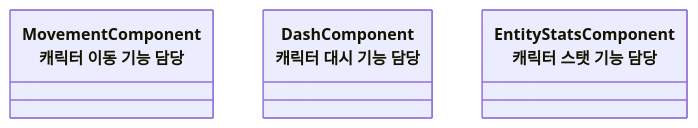
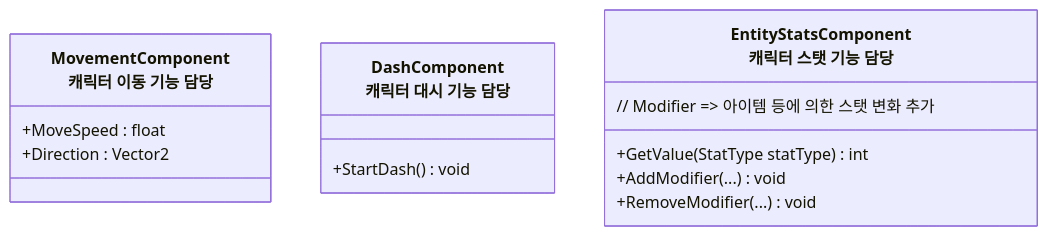
The second of 6 diagrams in README/Entity_설계.md (JIN5EOK/DungeonShooter), drawn with Mermaid before and after one commit. The commit also changed other lines of this file and 6 other files, not shown here.

````diff
--- a/README/Entity_설계.md
+++ b/README/Entity_설계.md
@@ -24,7 +24,17 @@
 ```mermaid
 classDiagram
-    class MovementComponent["MovementComponent<br>캐릭터 이동 기능 담당"]{ }
-    class DashComponent["DashComponent<br>캐릭터 대시 기능 담당"]{ }
+    class MovementComponent["MovementComponent<br>캐릭터 이동 기능 담당"]{
+        +MoveSpeed : float
+        +Direction : Vector2
+    }
+        
+    class DashComponent["DashComponent<br>캐릭터 대시 기능 담당"]{
+        +StartDash() void
+    }
     class EntityStatsComponent["EntityStatsComponent<br>캐릭터 스탯 기능 담당"]{
+        +GetValue(StatType statType) int
+        +AddModifier(...) void 
+        +RemoveModifier(...) void
+        // Modifier => 아이템 등에 의한 스탯 변화 추가
     }
 ```
````
